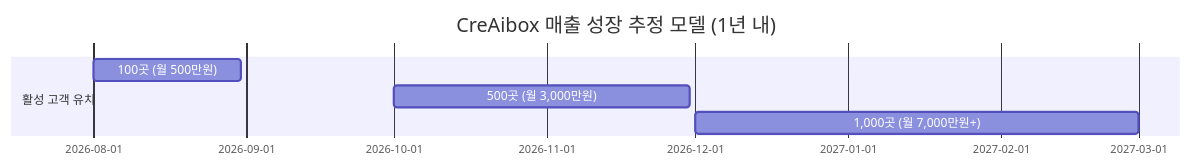
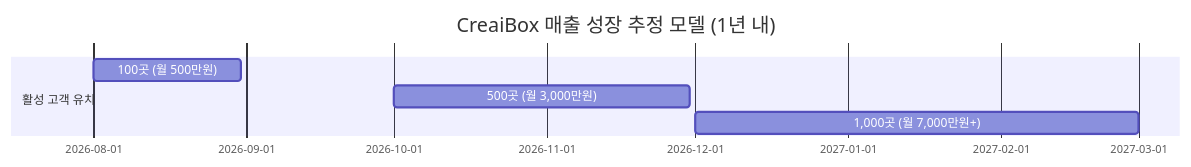
One commit to namea1000/creaibox changed the fourth of 4 diagrams in docs/project/business-models/creaibox-website-disruptor-business-plan.md. Above: the diagram before and after it, drawn with Mermaid. The commit also changed other lines of this file and 365 other files, not shown here.

````diff
--- a/docs/project/business-models/creaibox-website-disruptor-business-plan.md
+++ b/docs/project/business-models/creaibox-website-disruptor-business-plan.md
@@ -157,9 +157,9 @@
 ```mermaid
 gantt
-    title CreAibox 매출 성장 추정 모델 (1년 내)
+    title CreaiBox 매출 성장 추정 모델 (1년 내)
     dateFormat  YYYY-MM-DD
     section 활성 고객 유치
     100곳 (월 500만원)         :a1, 2026-08-01, 30d
     500곳 (월 3,000만원)       :a2, 2026-10-01, 60d
     1,000곳 (월 7,000만원+)     :a3, 2026-12-01, 90d
 ```
````
